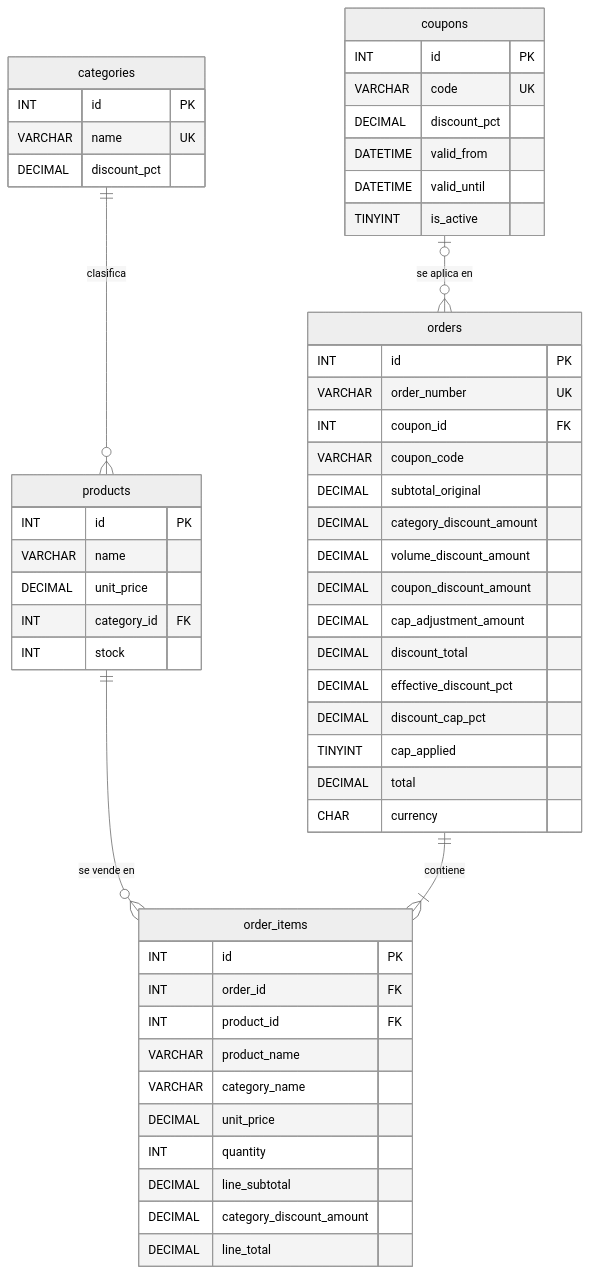
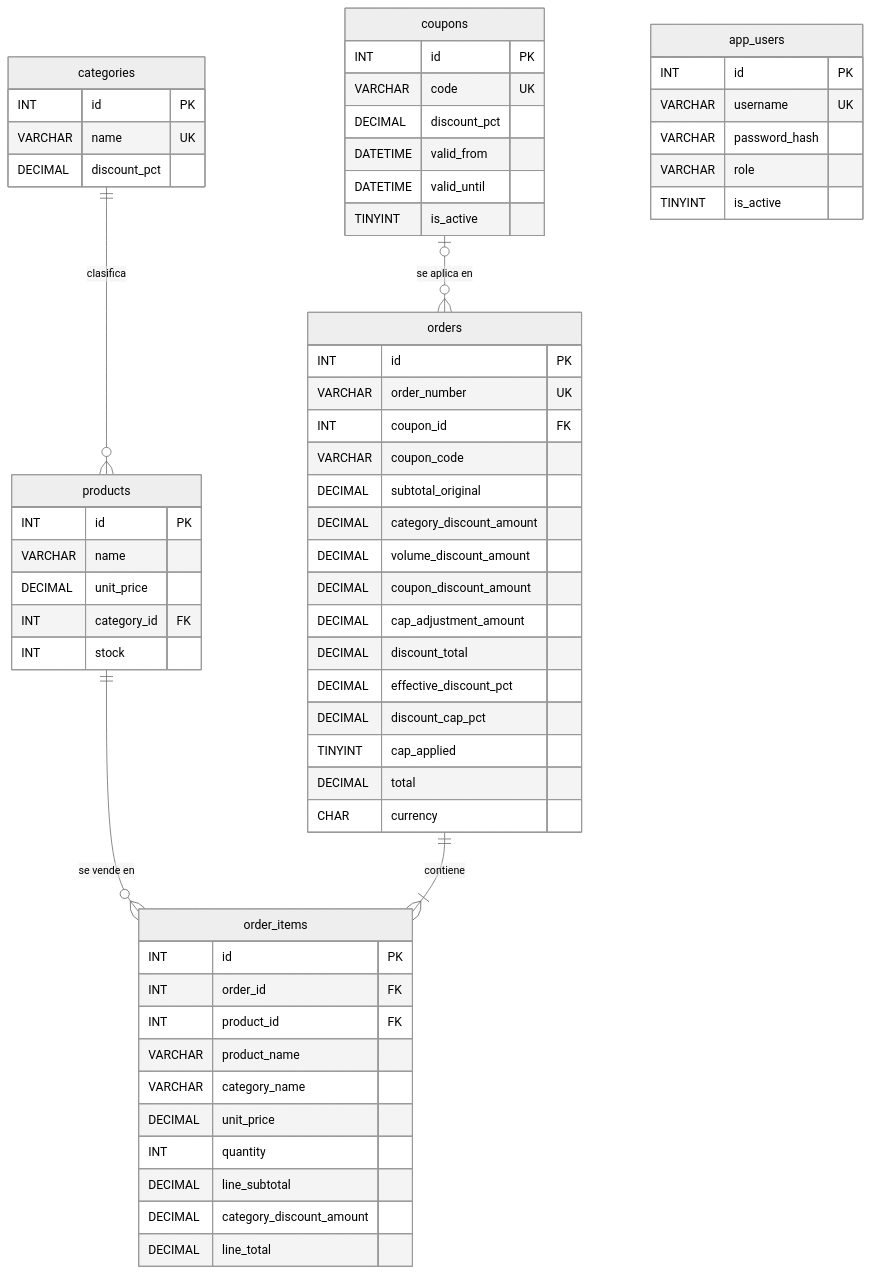
One commit to richard1992mv/examen-ecommerce-kata changed the diagram in examen-ecommerce/docs/db_kata_ecommerce/base-datos.md. Above: the diagram before and after it, drawn with Mermaid (neutral theme). The commit also changed other lines of this file and 7 other files, not shown here.

````diff
--- a/examen-ecommerce/docs/db_kata_ecommerce/base-datos.md
+++ b/examen-ecommerce/docs/db_kata_ecommerce/base-datos.md
@@ -87,57 +99,64 @@
 ```mermaid
 erDiagram
     categories ||--o{ products : "clasifica"
     products   ||--o{ order_items : "se vende en"
     orders     ||--|{ order_items : "contiene"
     coupons    |o--o{ orders : "se aplica en"
 
     categories {
         INT id PK
         VARCHAR name UK
         DECIMAL discount_pct
     }
     products {
         INT id PK
         VARCHAR name
         DECIMAL unit_price
         INT category_id FK
         INT stock
     }
     coupons {
         INT id PK
         VARCHAR code UK
         DECIMAL discount_pct
         DATETIME valid_from
         DATETIME valid_until
         TINYINT is_active
     }
     orders {
         INT id PK
         VARCHAR order_number UK
         INT coupon_id FK
         VARCHAR coupon_code
         DECIMAL subtotal_original
         DECIMAL category_discount_amount
         DECIMAL volume_discount_amount
         DECIMAL coupon_discount_amount
         DECIMAL cap_adjustment_amount
         DECIMAL discount_total
         DECIMAL effective_discount_pct
         DECIMAL discount_cap_pct
         TINYINT cap_applied
         DECIMAL total
         CHAR currency
     }
     order_items {
         INT id PK
         INT order_id FK
         INT product_id FK
         VARCHAR product_name
         VARCHAR category_name
         DECIMAL unit_price
         INT quantity
         DECIMAL line_subtotal
         DECIMAL category_discount_amount
         DECIMAL line_total
     }
+    app_users {
+        INT id PK
+        VARCHAR username UK
+        VARCHAR password_hash
+        VARCHAR role
+        TINYINT is_active
+    }
 ```
````
